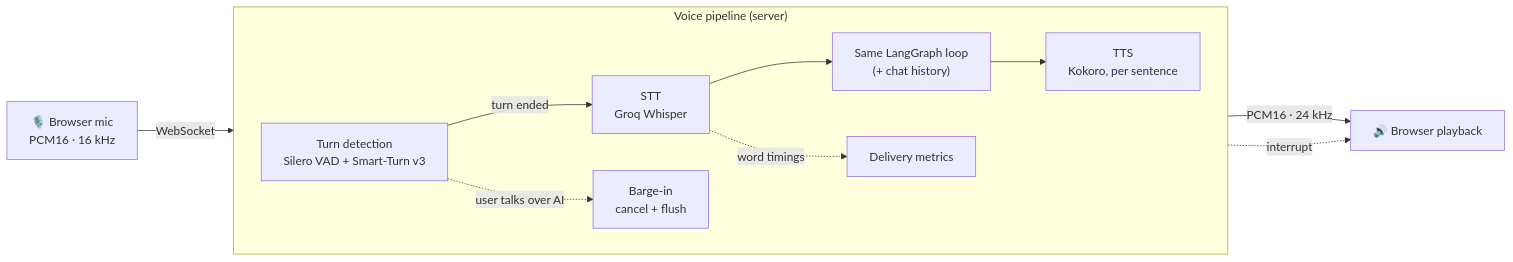
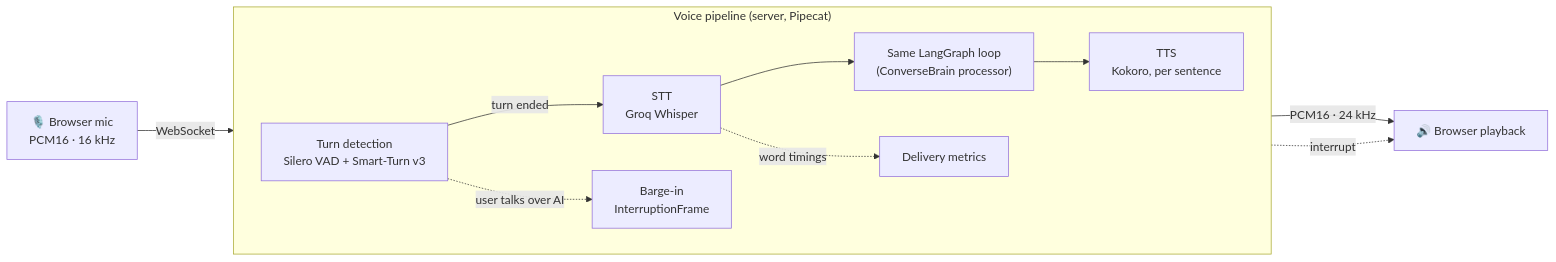
One commit to Zahid-Sarker-7/converse changed the second of 2 diagrams in README.md. Above: the diagram before and after it, drawn with Mermaid. The commit also changed other lines of this file and 26 other files, not shown here.

Commit message:
make pipecat the only voice engine, delete the hand-built pipeline, recalibrate turn endpointing and count pauses within a turn

````diff
--- a/README.md
+++ b/README.md
@@ -92,18 +92,18 @@
 ```mermaid
 flowchart LR
     MIC["🎙️ Browser mic<br/>PCM16 · 16 kHz"] -- WebSocket --> TD
 
-    subgraph SERVER["Voice pipeline (server)"]
+    subgraph SERVER["Voice pipeline (server, Pipecat)"]
         direction LR
         TD["Turn detection<br/>Silero VAD + Smart-Turn v3"]
         STT["STT<br/>Groq Whisper"]
-        LLM["Same LangGraph loop<br/>(+ chat history)"]
+        LLM["Same LangGraph loop<br/>(ConverseBrain processor)"]
         TTS["TTS<br/>Kokoro, per sentence"]
         TD -- "turn ended" --> STT --> LLM --> TTS
-        TD -. "user talks over AI" .-> BI["Barge-in<br/>cancel + flush"]
+        TD -. "user talks over AI" .-> BI["Barge-in<br/>InterruptionFrame"]
         STT -. "word timings" .-> MET["Delivery metrics"]
     end
 
     TTS -- "PCM16 · 24 kHz" --> SPK["🔊 Browser playback"]
     BI -. interrupt .-> SPK
 ```
````
